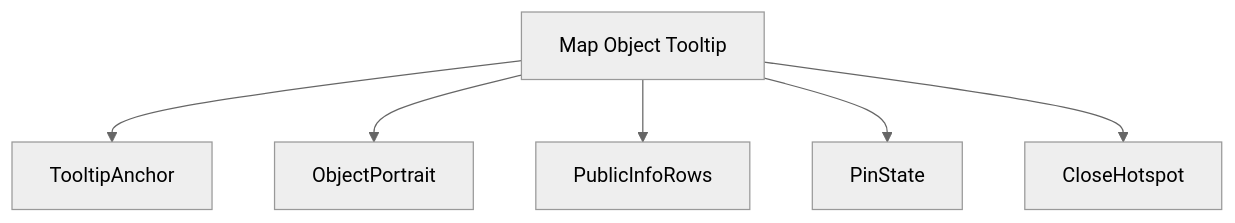
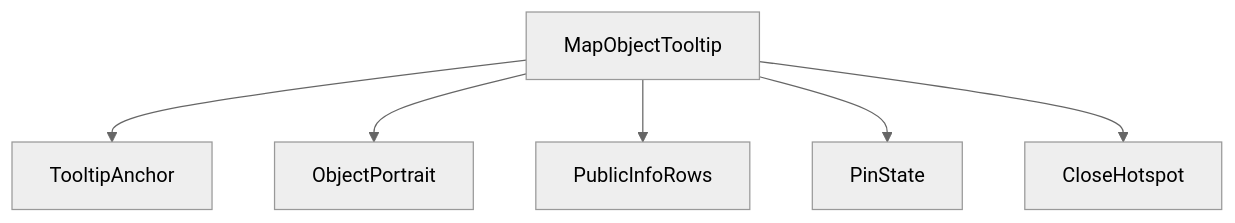
Before and after one commit to SunaNoOshiro/Heroes_Reforged_AI_Realms: the first of 5 diagrams in docs/architecture/wiki/screens/18-map-object-tooltip/architecture.md, drawn with Mermaid (neutral theme). The commit also changed other lines of this file and 518 other files, not shown here.

First line of the commit message:
Add doc-audit skill and sweep architecture/screen docs

````diff
--- a/docs/architecture/wiki/screens/18-map-object-tooltip/architecture.md
+++ b/docs/architecture/wiki/screens/18-map-object-tooltip/architecture.md
@@ -16,14 +20,9 @@
 ```mermaid
 flowchart TD
-  Root["Map Object Tooltip"]
-  C0["TooltipAnchor"]
-  Root --> C0
-  C1["ObjectPortrait"]
-  Root --> C1
-  C2["PublicInfoRows"]
-  Root --> C2
-  C3["PinState"]
-  Root --> C3
-  C4["CloseHotspot"]
-  Root --> C4
+  Root["MapObjectTooltip"]
+  Root --> C0["TooltipAnchor"]
+  Root --> C1["ObjectPortrait"]
+  Root --> C2["PublicInfoRows"]
+  Root --> C3["PinState"]
+  Root --> C4["CloseHotspot"]
 ```
````
